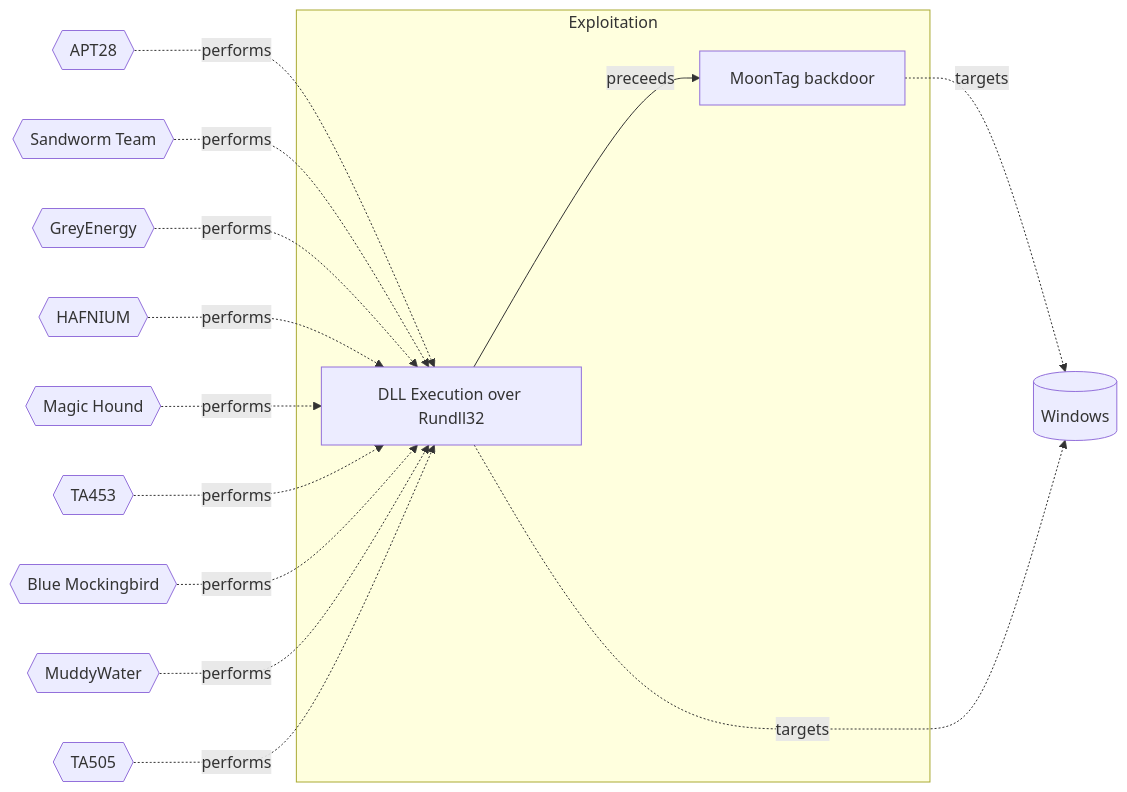
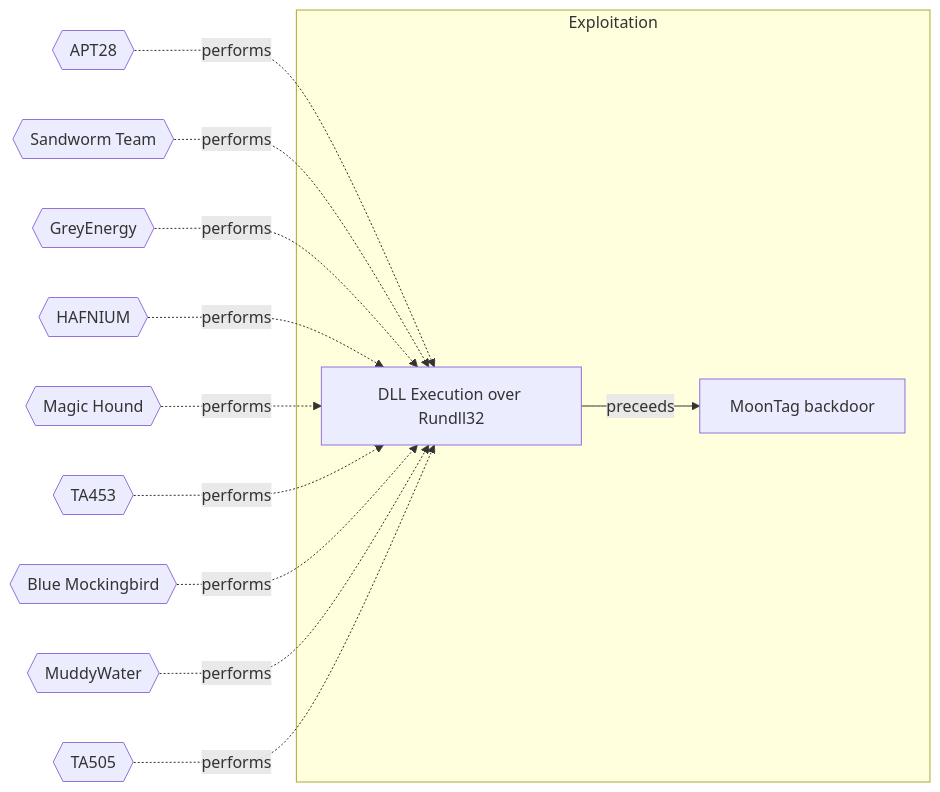
The diagram in Models/Threat Vectors/☣️ DLL Execution over Rundll32.md (OpenTideHQ/WikiTide), drawn with Mermaid before and after one commit. The commit also changed other lines of this file and 232 other files, not shown here.

````diff
--- a/Models/Threat Vectors/☣️ DLL Execution over Rundll32.md
+++ b/Models/Threat Vectors/☣️ DLL Execution over Rundll32.md
@@ -79,38 +79,35 @@
 ```mermaid
 
 flowchart LR
 
 4110c951-3120-49fb-b54b-3d3aa896296b[MoonTag backdoor]
 f3a392f7-3268-4c54-8bfa-8117b784f520[DLL Execution over Rundll32]
 
 subgraph Exploitation
 4110c951-3120-49fb-b54b-3d3aa896296b
 f3a392f7-3268-4c54-8bfa-8117b784f520
 end
 
-Windows[(Windows)]
 APT28{{APT28}}
 SandwormTeam{{Sandworm Team}}
 GreyEnergy{{GreyEnergy}}
 HAFNIUM{{HAFNIUM}}
 MagicHound{{Magic Hound}}
 TA453{{TA453}}
 BlueMockingbird{{Blue Mockingbird}}
 MuddyWater{{MuddyWater}}
 TA505{{TA505}}
 
-4110c951-3120-49fb-b54b-3d3aa896296b -.->|targets| Windows
-f3a392f7-3268-4c54-8bfa-8117b784f520 -.->|targets| Windows
 APT28 -.-> |performs| f3a392f7-3268-4c54-8bfa-8117b784f520
 SandwormTeam -.-> |performs| f3a392f7-3268-4c54-8bfa-8117b784f520
 GreyEnergy -.-> |performs| f3a392f7-3268-4c54-8bfa-8117b784f520
 HAFNIUM -.-> |performs| f3a392f7-3268-4c54-8bfa-8117b784f520
 MagicHound -.-> |performs| f3a392f7-3268-4c54-8bfa-8117b784f520
 TA453 -.-> |performs| f3a392f7-3268-4c54-8bfa-8117b784f520
 BlueMockingbird -.-> |performs| f3a392f7-3268-4c54-8bfa-8117b784f520
 MuddyWater -.-> |performs| f3a392f7-3268-4c54-8bfa-8117b784f520
 TA505 -.-> |performs| f3a392f7-3268-4c54-8bfa-8117b784f520
 
 f3a392f7-3268-4c54-8bfa-8117b784f520 -->|preceeds| 4110c951-3120-49fb-b54b-3d3aa896296b
 
 ```
````
